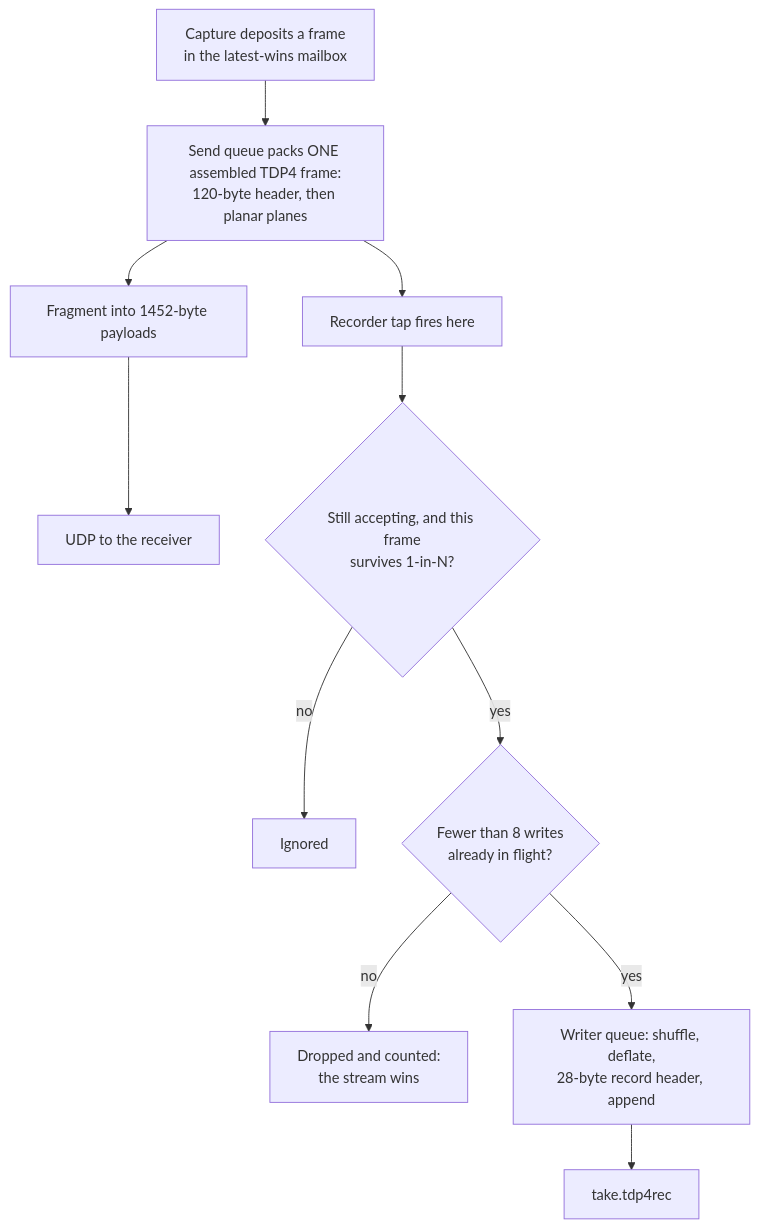
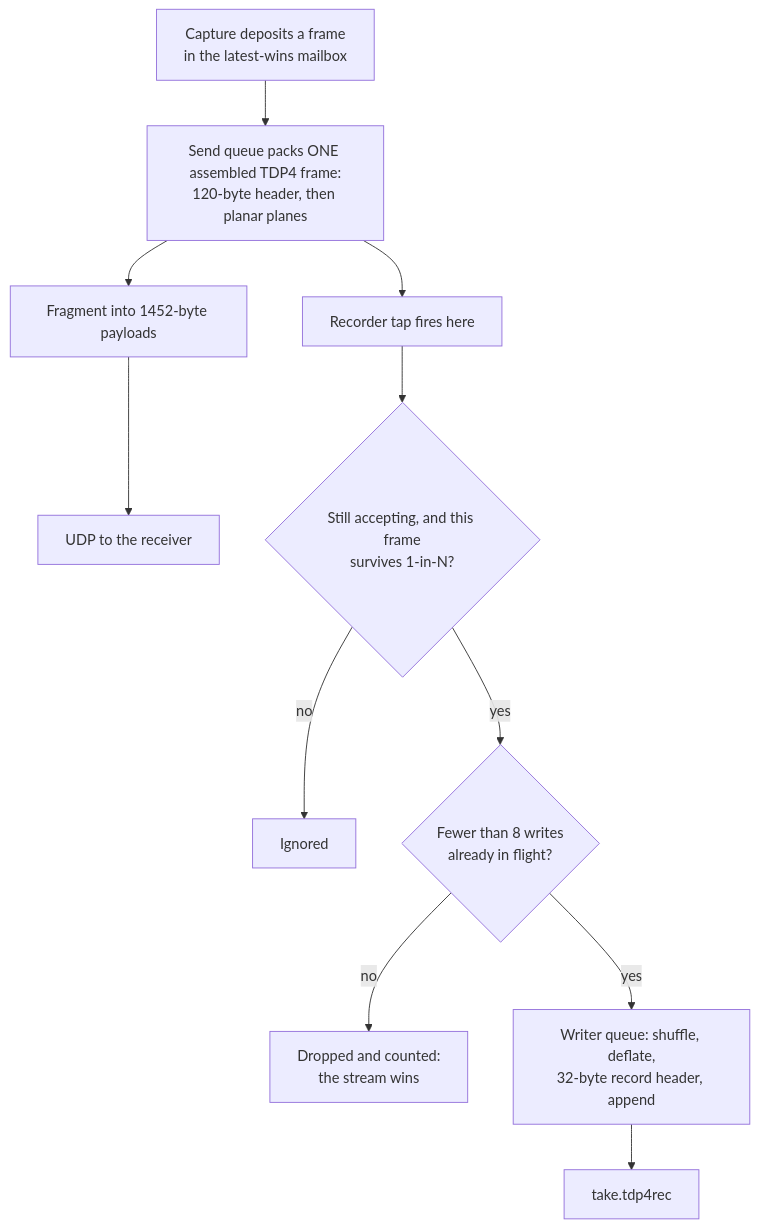
The diagram in ios/record.md (AristidesAI/TDStage-Docs), drawn with Mermaid before and after one commit. The commit also changed other lines of this file and 22 other files, not shown here.

````diff
--- a/ios/record.md
+++ b/ios/record.md
@@ -35,13 +35,13 @@
 ```mermaid
 flowchart TD
   A["Capture deposits a frame<br/>in the latest-wins mailbox"] --> B["Send queue packs ONE assembled TDP4 frame:<br/>120-byte header, then planar planes"]
   B --> C["Recorder tap fires here"]
   B --> D["Fragment into 1452-byte payloads"]
   D --> E["UDP to the receiver"]
   C --> F{"Still accepting, and this frame<br/>survives 1-in-N?"}
   F -- no --> G["Ignored"]
   F -- yes --> H{"Fewer than 8 writes<br/>already in flight?"}
   H -- no --> I["Dropped and counted:<br/>the stream wins"]
-  H -- yes --> J["Writer queue: shuffle, deflate,<br/>28-byte record header, append"]
+  H -- yes --> J["Writer queue: shuffle, deflate,<br/>32-byte record header, append"]
   J --> K["take.tdp4rec"]
 ```
````
